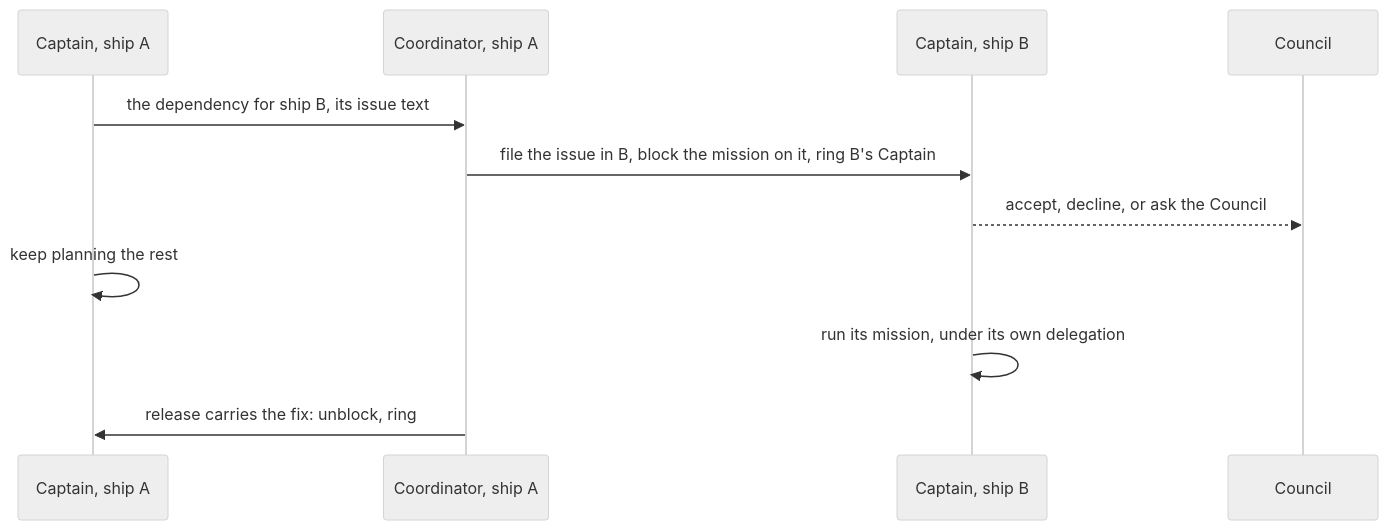
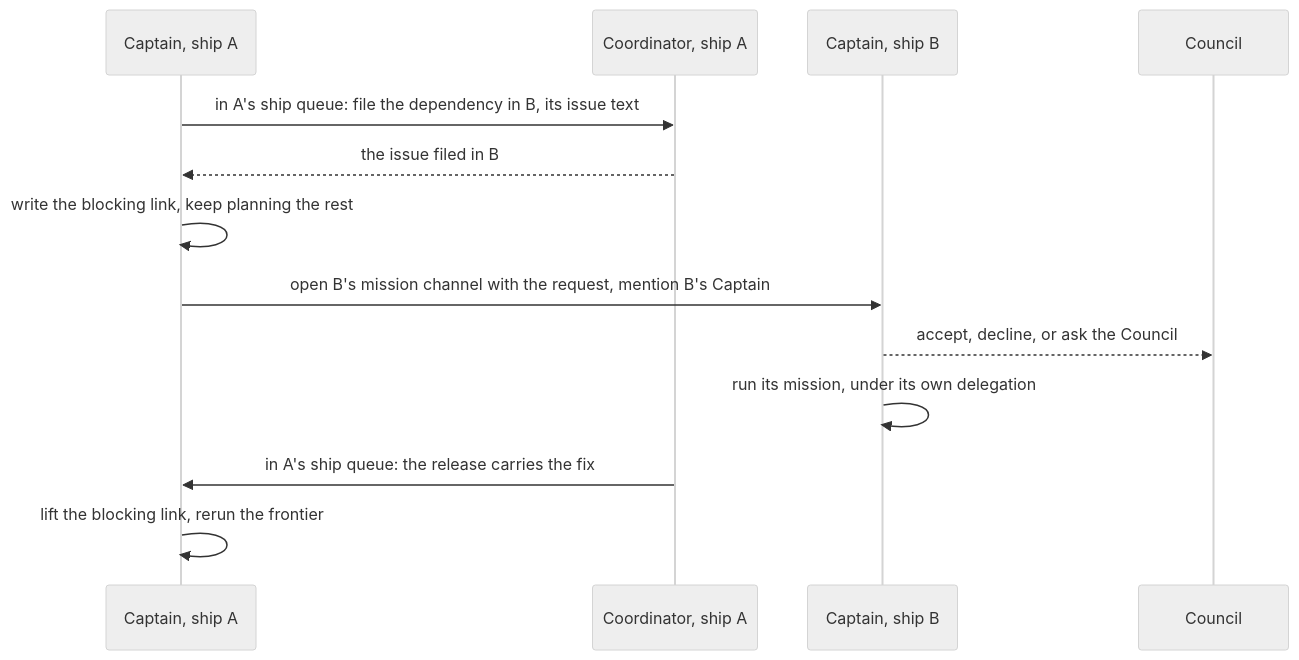
The second of 2 diagrams in .agents/specs/cyberfleet/design/lifecycle.md (cyberuni/cyberfleet), drawn with Mermaid (neutral theme) before and after one commit. The commit also changed other lines of this file and 2 other files, not shown here.

````diff
--- a/.agents/specs/cyberfleet/design/lifecycle.md
+++ b/.agents/specs/cyberfleet/design/lifecycle.md
@@ -105,13 +132,15 @@
 ```mermaid
 sequenceDiagram
   participant KA as Captain, ship A
   participant CA as Coordinator, ship A
   participant KB as Captain, ship B
   participant C as Council
-  KA->>CA: the dependency for ship B, its issue text
-  CA->>KB: file the issue in B, block the mission on it, ring B's Captain
+  KA->>CA: in A's ship queue: file the dependency in B, its issue text
+  CA-->>KA: the issue filed in B
+  KA->>KA: write the blocking link, keep planning the rest
+  KA->>KB: open B's mission channel with the request, mention B's Captain
   KB-->>C: accept, decline, or ask the Council
-  KA->>KA: keep planning the rest
   KB->>KB: run its mission, under its own delegation
-  CA->>KA: release carries the fix: unblock, ring
+  CA->>KA: in A's ship queue: the release carries the fix
+  KA->>KA: lift the blocking link, rerun the frontier
 ```
````
